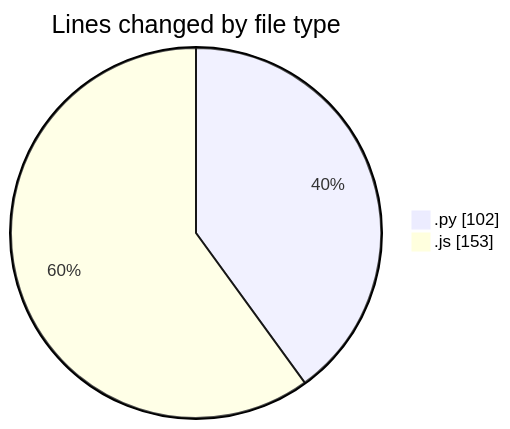
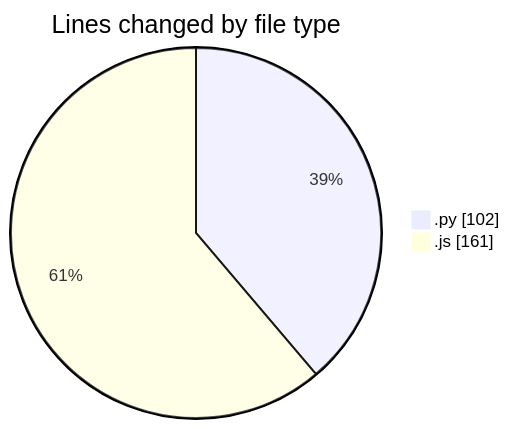
The first of 2 diagrams in 2025-04-12/nxtqube_webapp/README.md (nxtqubesakshisongat/code-tracking), drawn with Mermaid before and after one commit. The commit also changed other lines of this file and 1 other file, not shown here.

````diff
--- a/2025-04-12/nxtqube_webapp/README.md
+++ b/2025-04-12/nxtqube_webapp/README.md
@@ -21,6 +21,6 @@
 ```mermaid
 pie showData
 title Lines changed by file type
 ".py" : 102
-".js" : 153
+".js" : 161
 ```
````
